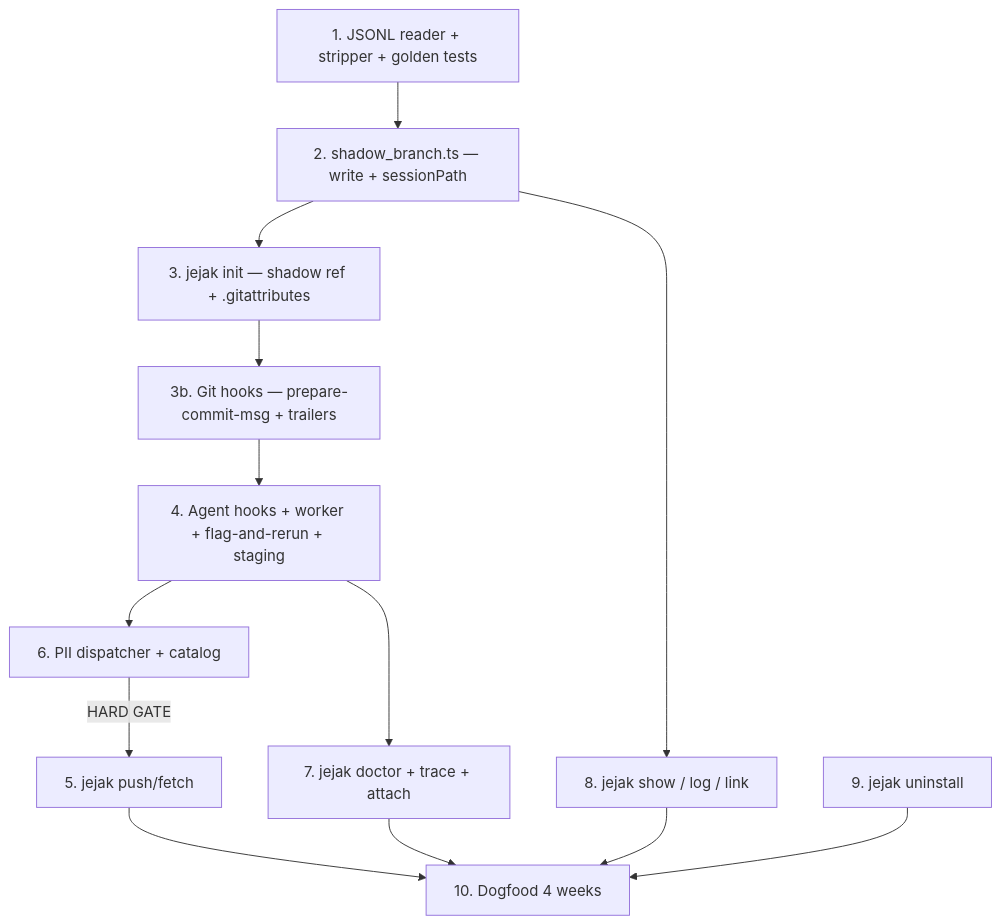
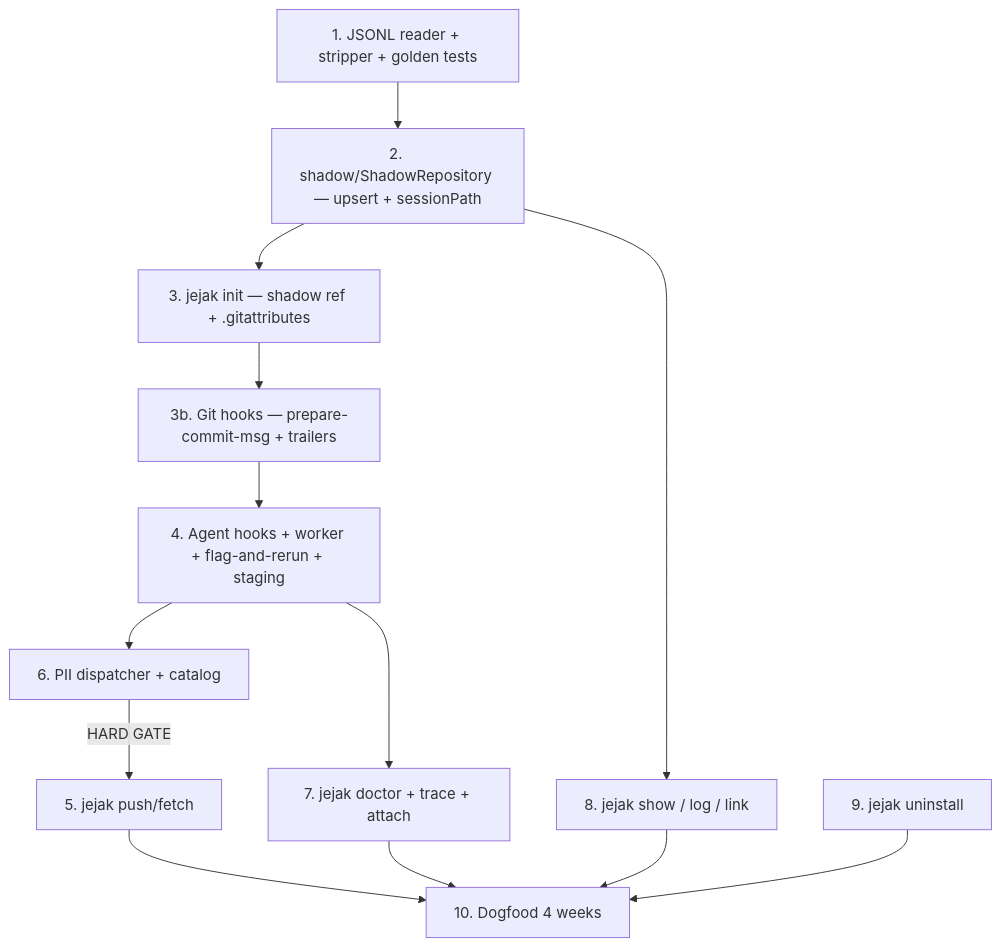
The third of 3 diagrams in docs/DESIGN-LLD.md (pluangtech/jejak), drawn with Mermaid before and after one commit. The commit also changed other lines of this file and 15 other files, not shown here.

First line of the commit message:
Implement init Phase B: shadow upsert + payload blobs + round-trip

````diff
--- a/docs/DESIGN-LLD.md
+++ b/docs/DESIGN-LLD.md
@@ -611,20 +611,20 @@
 ```mermaid
 flowchart TD
     S1["1. JSONL reader + stripper + golden tests"]
-    S2["2. shadow_branch.ts — write + sessionPath"]
+    S2["2. shadow/ShadowRepository — upsert + sessionPath"]
     S3["3. jejak init — shadow ref + .gitattributes"]
     S3b["3b. Git hooks — prepare-commit-msg + trailers"]
     S4["4. Agent hooks + worker + flag-and-rerun + staging"]
     S6["6. PII dispatcher + catalog"]
     S5["5. jejak push/fetch"]
     S7["7. jejak doctor + trace + attach"]
     S8["8. jejak show / log / link"]
     S9["9. jejak uninstall"]
     S10["10. Dogfood 4 weeks"]
 
     S1 --> S2 --> S3 --> S3b --> S4
     S4 --> S6 -->|"HARD GATE"| S5
     S2 --> S8
     S4 --> S7
     S5 & S7 & S8 & S9 --> S10
 ```
````
